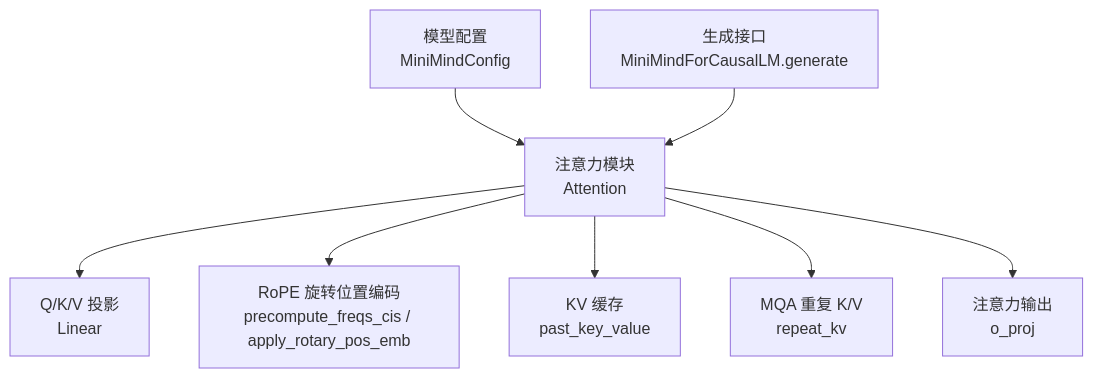
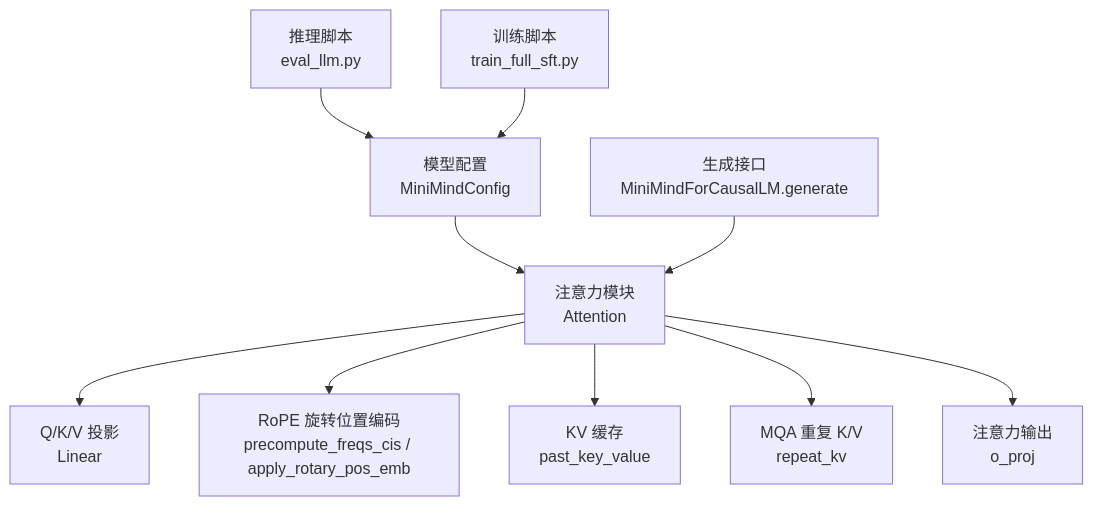
One commit to haolange/minimind changed the first of 8 diagrams in .qoder/repowiki/zh/content/模型架构设计/注意力机制实现.md. Above: the diagram before and after it, drawn with Mermaid. The commit also changed other lines of this file and 4 other files, not shown here.

````diff
--- a/.qoder/repowiki/zh/content/模型架构设计/注意力机制实现.md
+++ b/.qoder/repowiki/zh/content/模型架构设计/注意力机制实现.md
@@ -29,10 +37,12 @@
 ```mermaid
 graph TB
 A["模型配置<br/>MiniMindConfig"] --> B["注意力模块<br/>Attention"]
 B --> C["Q/K/V 投影<br/>Linear"]
 B --> D["RoPE 旋转位置编码<br/>precompute_freqs_cis / apply_rotary_pos_emb"]
 B --> E["KV 缓存<br/>past_key_value"]
 B --> F["MQA 重复 K/V<br/>repeat_kv"]
 B --> G["注意力输出<br/>o_proj"]
 H["生成接口<br/>MiniMindForCausalLM.generate"] --> B
+I["推理脚本<br/>eval_llm.py"] --> A
+J["训练脚本<br/>train_full_sft.py"] --> A
 ```
````
